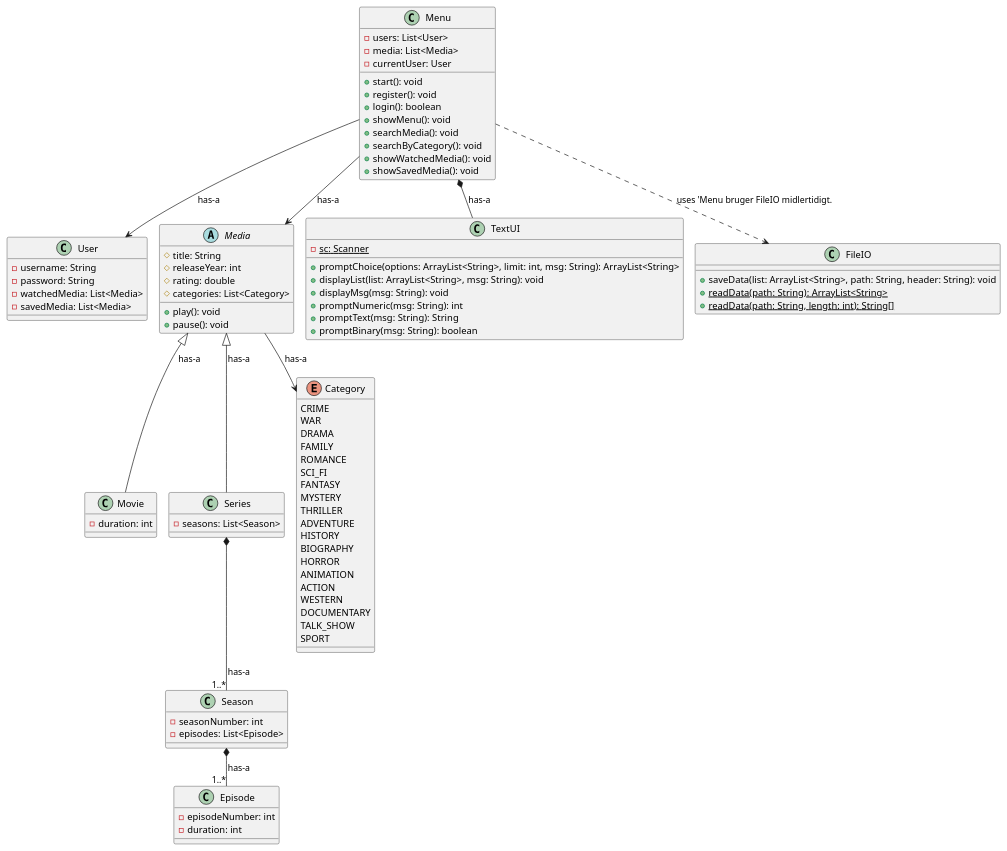
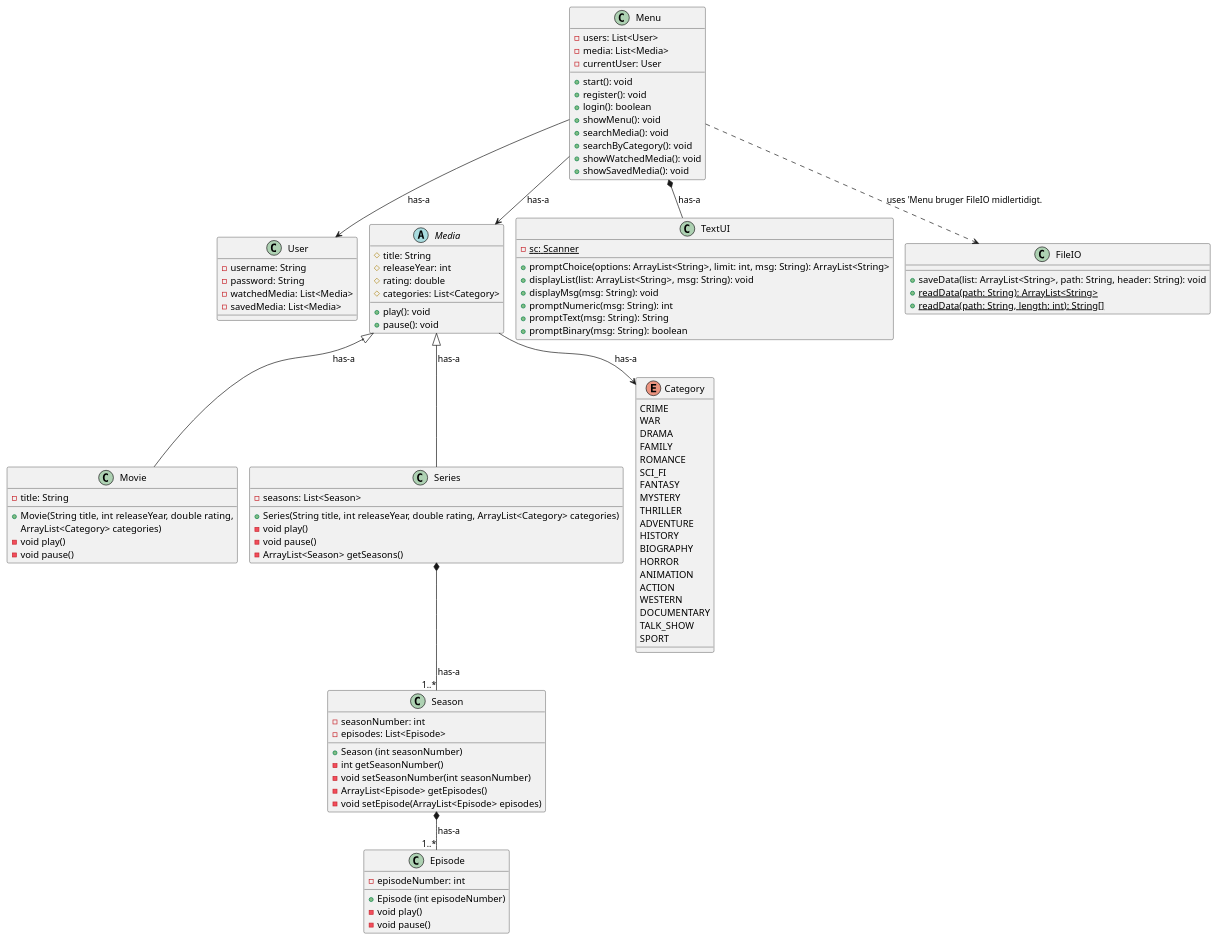
The diagram in doc/static/Klassediagram3.puml (daud0095/DAT-1.-semester---SP3-en-streamingtjeneste), drawn with PlantUML before and after one commit. The commit also changed 5 other files, not shown here.

```diff
--- a/doc/static/Klassediagram3.puml
+++ b/doc/static/Klassediagram3.puml
@@ -1,107 +1,131 @@
 @startuml
 !pragma layout smetana
 
 class User {
   - username: String
   - password: String
   - watchedMedia: List<Media>
   - savedMedia: List<Media>
 }
 
 abstract class Media {
   # title: String
   # releaseYear: int
   # rating: double
   # categories: List<Category>
   + play(): void
   + pause(): void
 }
 
 class Movie {
-  - duration: int
+  - title: String
++ Movie(String title, int releaseYear, double rating,
+                           ArrayList<Category> categories)
+  'Methods
+  - void play()
+  - void pause()
+
 }
 
 class Series {
   - seasons: List<Season>
+  'Constructor
+  + Series(String title, int releaseYear, double rating, ArrayList<Category> categories)
+  'Methods
+  - void play()
+  - void pause()
+  - ArrayList<Season> getSeasons()
 }
 
 class Season {
   - seasonNumber: int
   - episodes: List<Episode>
+ 'Contructor
+ + Season (int seasonNumber)
+   'Methods
+   - int getSeasonNumber()
+   - void setSeasonNumber(int seasonNumber)
+   - ArrayList<Episode> getEpisodes()
+   - void setEpisode(ArrayList<Episode> episodes)
+
 }
 
 class Episode {
   - episodeNumber: int
-  - duration: int
+'Contructor
++ Episode (int episodeNumber)
+'Methods
+  - void play()
+  - void pause()
 }
 
 enum Category {
   CRIME
   WAR
   DRAMA
   FAMILY
   ROMANCE
   SCI_FI
   FANTASY
   MYSTERY
   THRILLER
   ADVENTURE
   HISTORY
   BIOGRAPHY
   HORROR
   ANIMATION
   ACTION
   WESTERN
   DOCUMENTARY
   TALK_SHOW
   SPORT
 }
 
 class Menu {
   - users: List<User>
   - media: List<Media>
   - currentUser: User
   + start(): void
   + register(): void
   + login(): boolean
   + showMenu(): void
   + searchMedia(): void
   + searchByCategory(): void
   + showWatchedMedia(): void
   + showSavedMedia(): void
 }
 
 class TextUI {
   - sc: Scanner {static}
   + promptChoice(options: ArrayList<String>, limit: int, msg: String): ArrayList<String>
   + displayList(list: ArrayList<String>, msg: String): void
   + displayMsg(msg: String): void
   + promptNumeric(msg: String): int
   + promptText(msg: String): String
   + promptBinary(msg: String): boolean
 }
 
 class FileIO {
   + saveData(list: ArrayList<String>, path: String, header: String): void
   + readData(path: String): ArrayList<String> {static}
   + readData(path: String, length: int): String[] {static}
 }
 
 ' Arv
 Media <|-- Movie : has-a
 Media <|-- Series : has-a
 
 ' Komposition
 Menu *-- TextUI : has-a
 Series *-- "1..*" Season : has-a
 Season *-- "1..*" Episode : has-a
 
 ' Association
 Menu --> User : has-a
 Menu --> Media : has-a
 Media --> Category : has-a
 
 ' Dependency
 Menu ..> FileIO : uses 'Menu bruger FileIO midlertidigt.
 
 @enduml
```
